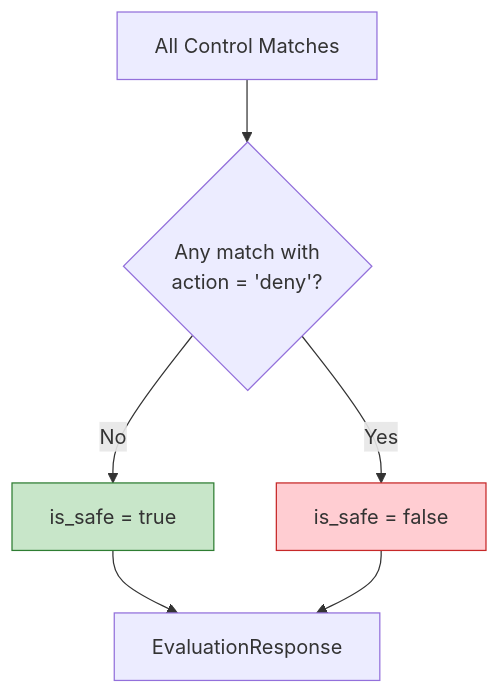
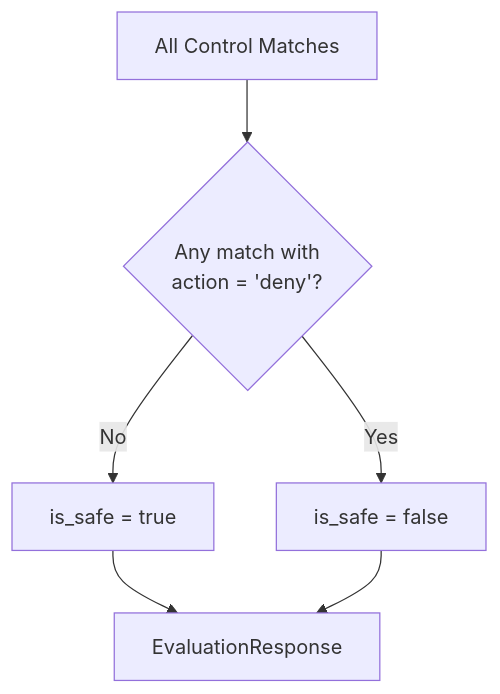
One commit to agentcontrol/agent-control changed the fifth of 7 diagrams in diagrams/06-evaluation-flow.md. Above: the diagram before and after it, drawn with Mermaid. The commit also changed other lines of this file and 9 other files, not shown here.

````diff
--- a/diagrams/06-evaluation-flow.md
+++ b/diagrams/06-evaluation-flow.md
@@ -121,20 +108,17 @@
 ```mermaid
 flowchart TD
     matches["All Control Matches"]
     
     check{"Any match with<br/>action = 'deny'?"}
     
     safe["is_safe = true"]
     unsafe["is_safe = false"]
 
     response["EvaluationResponse"]
 
     matches --> check
     check -->|No| safe
     check -->|Yes| unsafe
     safe --> response
     unsafe --> response
-
-    style safe fill:#c8e6c9,stroke:#2e7d32
-    style unsafe fill:#ffcdd2,stroke:#c62828
 ```
````
